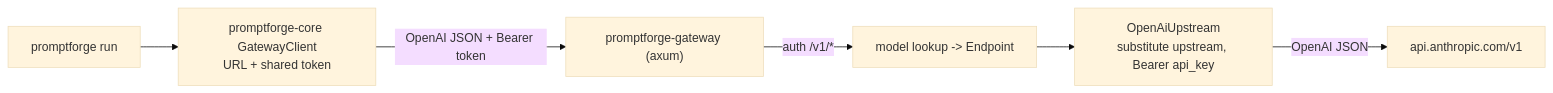
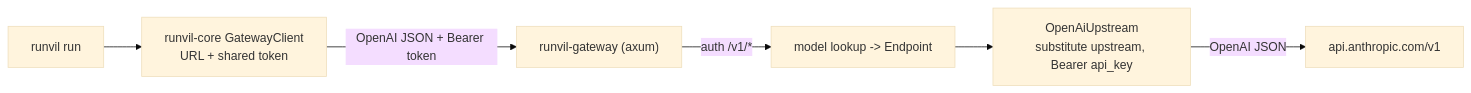
The diagram in vibe/2026-07/2026-07-29-1-gateway-v0.md (cppalliance/promptforge), drawn with Mermaid (base theme) before and after one commit. The commit also changed other lines of this file and 1573 other files, not shown here.

````diff
--- a/vibe/2026-07/2026-07-29-1-gateway-v0.md
+++ b/vibe/2026-07/2026-07-29-1-gateway-v0.md
@@ -53,8 +53,8 @@
 ```mermaid
 flowchart LR
-    CLI["promptforge run"] --> Core["promptforge-core GatewayClient<br/>URL + shared token"]
-    Core -->|"OpenAI JSON + Bearer token"| GW["promptforge-gateway (axum)"]
+    CLI["runvil run"] --> Core["runvil-core GatewayClient<br/>URL + shared token"]
+    Core -->|"OpenAI JSON + Bearer token"| GW["runvil-gateway (axum)"]
     GW -->|"auth /v1/*"| Route["model lookup -> Endpoint"]
     Route --> Up["OpenAiUpstream<br/>substitute upstream, Bearer api_key"]
     Up -->|"OpenAI JSON"| Anth["api.anthropic.com/v1"]
 ```
````
